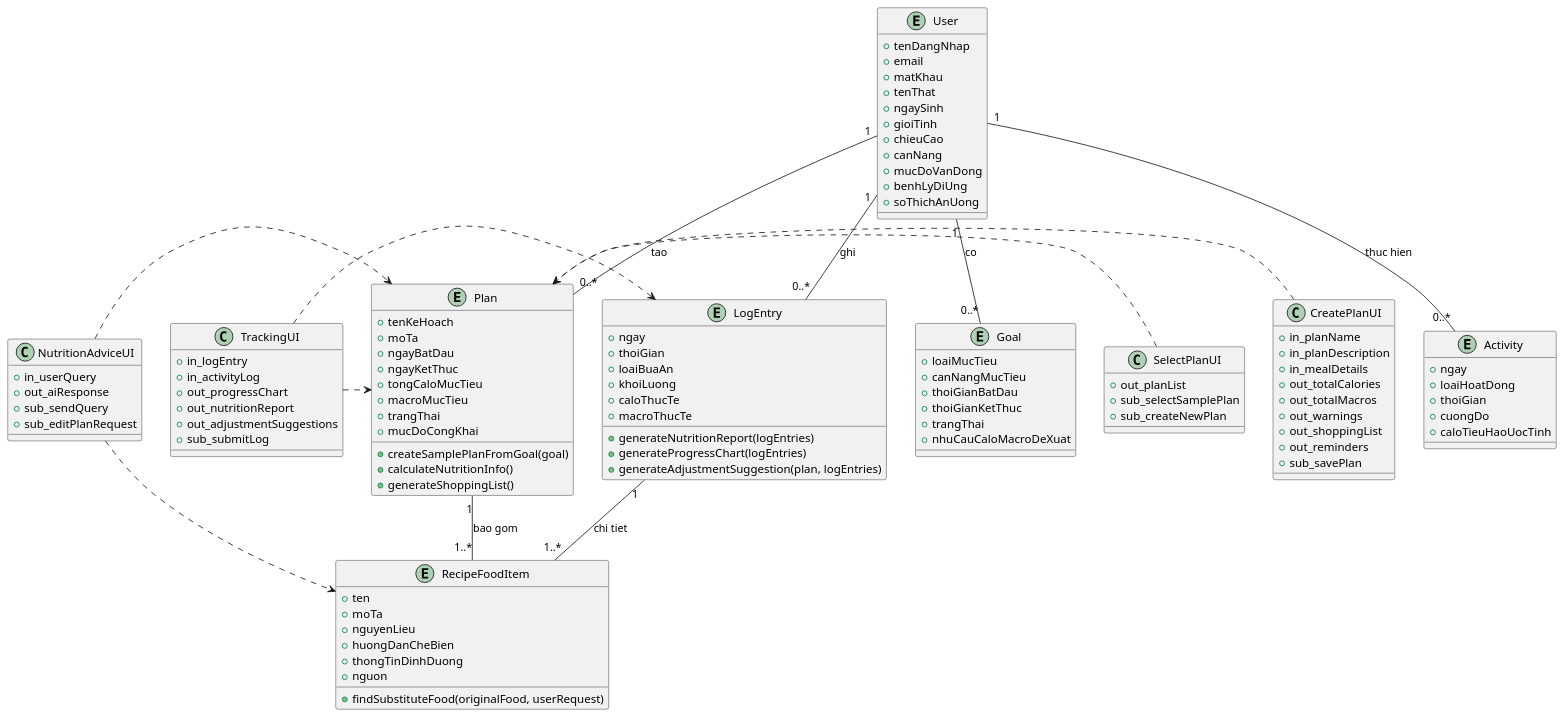
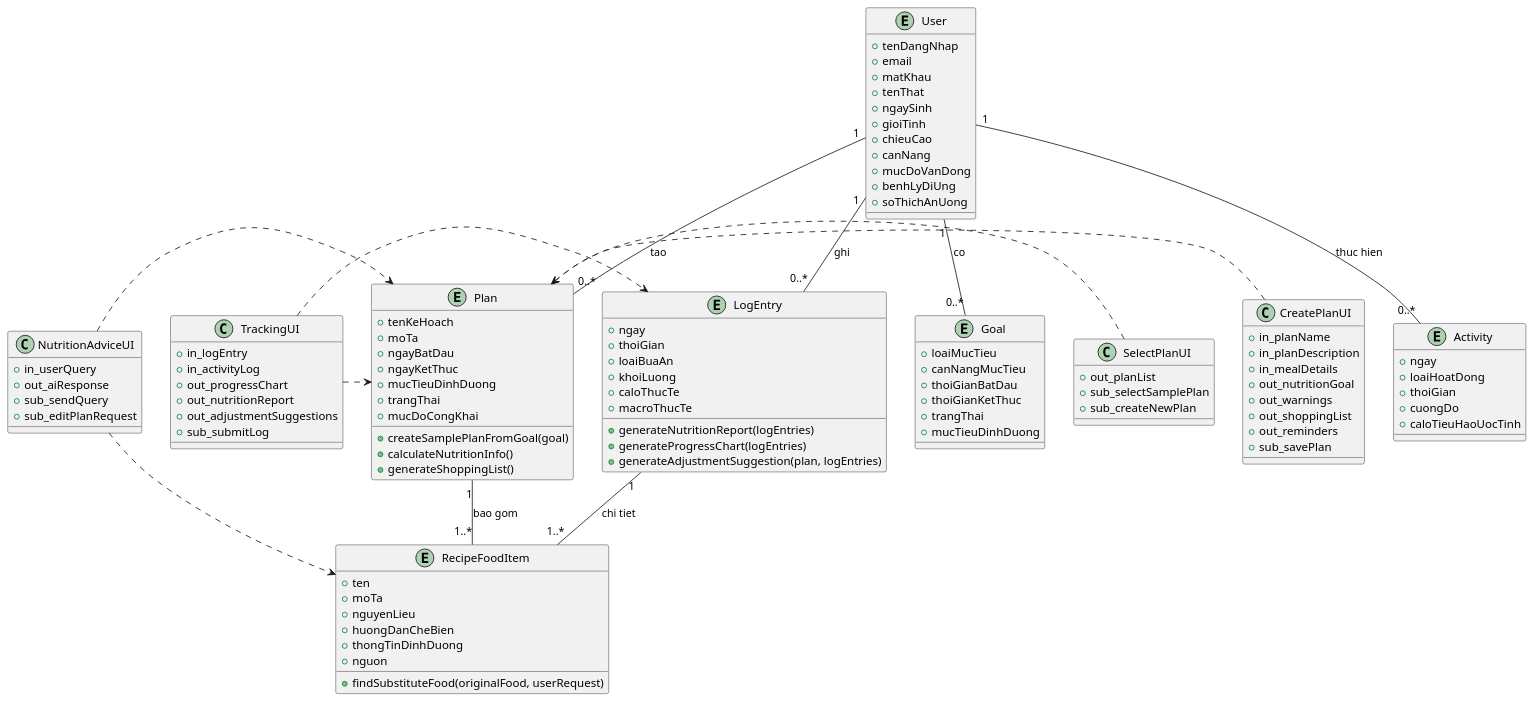
Before and after one commit to LQTam787/Thesis: the diagram in Analysis/Class/Uml/NutritionPlanAnalysisClass.puml, drawn with PlantUML. The commit also changed 23 other files, not shown here.

```diff
--- a/Analysis/Class/Uml/NutritionPlanAnalysisClass.puml
+++ b/Analysis/Class/Uml/NutritionPlanAnalysisClass.puml
@@ -1,123 +1,121 @@
 @startuml NutritionPlanAnalysisClass
 
 ' Lớp biên (Boundary Classes)
 class NutritionAdviceUI {
   +in_userQuery
   +out_aiResponse
   +sub_sendQuery
   +sub_editPlanRequest
 }
 
 class SelectPlanUI {
   +out_planList
   +sub_selectSamplePlan
   +sub_createNewPlan
 }
 
 class CreatePlanUI {
   +in_planName
   +in_planDescription
   +in_mealDetails
-  +out_totalCalories
-  +out_totalMacros
+  +out_nutritionGoal
   +out_warnings
   +out_shoppingList
   +out_reminders
   +sub_savePlan
 }
 
 class TrackingUI {
   +in_logEntry
   +in_activityLog
   +out_progressChart
   +out_nutritionReport
   +out_adjustmentSuggestions
   +sub_submitLog
 }
 
 ' Lớp thực thể (Entity Classes)
 entity User {
   +tenDangNhap
   +email
   +matKhau
   +tenThat
   +ngaySinh
   +gioiTinh
   +chieuCao
   +canNang
   +mucDoVanDong
   +benhLyDiUng
   +soThichAnUong
 }
 
 entity Goal {
   +loaiMucTieu
   +canNangMucTieu
   +thoiGianBatDau
   +thoiGianKetThuc
   +trangThai
-  +nhuCauCaloMacroDeXuat
+  +mucTieuDinhDuong
 }
 
 entity Plan {
   +tenKeHoach
   +moTa
   +ngayBatDau
   +ngayKetThuc
-  +tongCaloMucTieu
-  +macroMucTieu
+  +mucTieuDinhDuong
   +trangThai
   +mucDoCongKhai
   +createSamplePlanFromGoal(goal)
   +calculateNutritionInfo()
   +generateShoppingList()
 }
 
 entity RecipeFoodItem {
   +ten
   +moTa
   +nguyenLieu
   +huongDanCheBien
   +thongTinDinhDuong
   +nguon
   +findSubstituteFood(originalFood, userRequest)
 }
 
 entity LogEntry {
   +ngay
   +thoiGian
   +loaiBuaAn
   +khoiLuong
   +caloThucTe
   +macroThucTe
   +generateNutritionReport(logEntries)
   +generateProgressChart(logEntries)
   +generateAdjustmentSuggestion(plan, logEntries)
 }
 
 entity Activity {
   +ngay
   +loaiHoatDong
   +thoiGian
   +cuongDo
   +caloTieuHaoUocTinh
 }
 
 ' Quan hệ giữa các lớp
 User "1" -- "0..*" Goal : co
 User "1" -- "0..*" Plan : tao
 User "1" -- "0..*" LogEntry : ghi
 User "1" -- "0..*" Activity : thuc hien
 
 Plan "1" -- "1..*" RecipeFoodItem : bao gom
 LogEntry "1" -- "1..*" RecipeFoodItem : chi tiet
 
 ' Quan hệ giữa Lớp biên và Lớp thực thể
 NutritionAdviceUI .> Plan
 NutritionAdviceUI .> RecipeFoodItem
 SelectPlanUI .> Plan
 CreatePlanUI .> Plan
 TrackingUI .> LogEntry
 TrackingUI .> Plan
 
 @enduml
```
